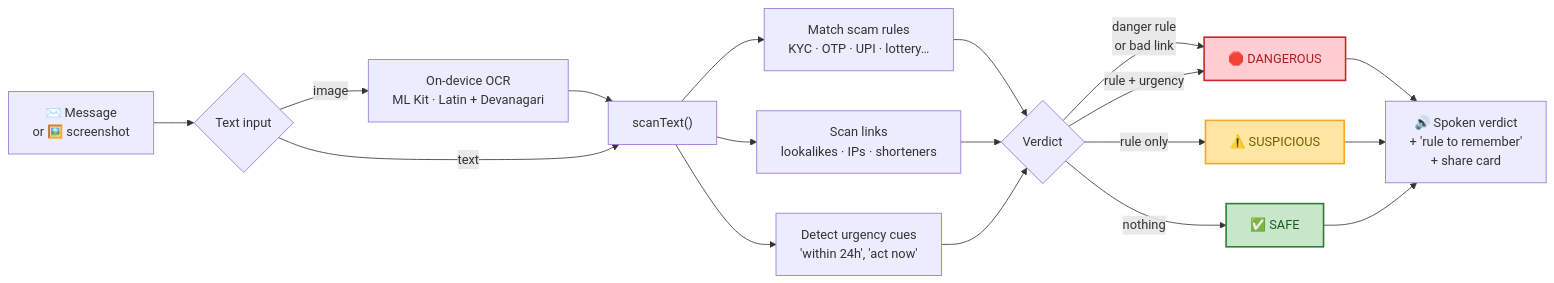
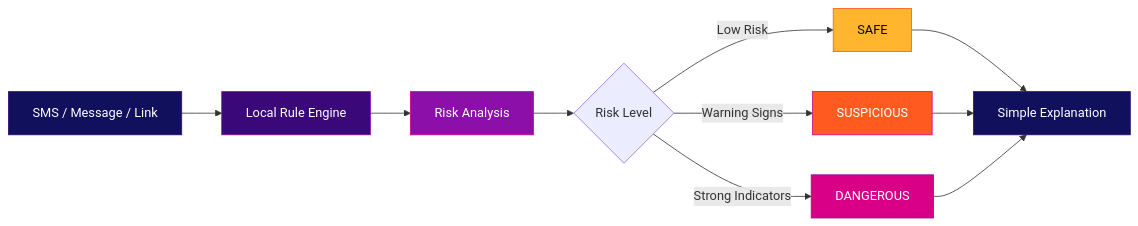
One commit to harsini2006/ConsentLensFinal changed the second of 7 diagrams in README.md. Above: the diagram before and after it, drawn with Mermaid. The commit also changed other lines of this file, not shown here.

````diff
--- a/README.md
+++ b/README.md
@@ -107,20 +103,23 @@
 ```mermaid
 flowchart LR
-    A["✉️ Message<br/>or 🖼️ screenshot"] --> B{"Text input"}
-    B -->|image| OCR["On-device OCR<br/>ML Kit · Latin + Devanagari"]
-    OCR --> C
-    B -->|text| C["scanText()"]
-    C --> D["Match scam rules<br/>KYC · OTP · UPI · lottery…"]
-    C --> E["Scan links<br/>lookalikes · IPs · shorteners"]
-    C --> F["Detect urgency cues<br/>'within 24h', 'act now'"]
-    D & E & F --> G{"Verdict"}
-    G -->|danger rule<br/>or bad link| R1["🛑 DANGEROUS"]
-    G -->|rule + urgency| R1
-    G -->|rule only| R2["⚠️ SUSPICIOUS"]
-    G -->|nothing| R3["✅ SAFE"]
-    R1 & R2 & R3 --> V["🔊 Spoken verdict<br/>+ 'rule to remember'<br/>+ share card"]
 
-    style R1 fill:#ffcdd2,stroke:#c62828,stroke-width:2px,color:#b71c1c
-    style R2 fill:#ffe7a3,stroke:#f9a825,stroke-width:2px,color:#7a5b00
-    style R3 fill:#c8e6c9,stroke:#2e7d32,stroke-width:2px,color:#1b5e20
+    A["SMS / Message / Link"] --> B["Local Rule Engine"]
+    B --> C["Risk Analysis"]
+    C --> D{"Risk Level"}
+
+    D -->|Low Risk| E["SAFE"]
+    D -->|Warning Signs| F["SUSPICIOUS"]
+    D -->|Strong Indicators| G["DANGEROUS"]
+
+    E --> H["Simple Explanation"]
+    F --> H
+    G --> H
+
+    style A fill:#10105C,stroke:#3A0878,color:#ffffff
+    style B fill:#3A0878,stroke:#8B0FA8,color:#ffffff
+    style C fill:#8B0FA8,stroke:#D90087,color:#ffffff
+    style E fill:#FFB52E,stroke:#FF5A1F,color:#05052B
+    style F fill:#FF5A1F,stroke:#D90087,color:#ffffff
+    style G fill:#D90087,stroke:#8B0FA8,color:#ffffff
+    style H fill:#10105C,stroke:#3A0878,color:#ffffff
 ```
````
